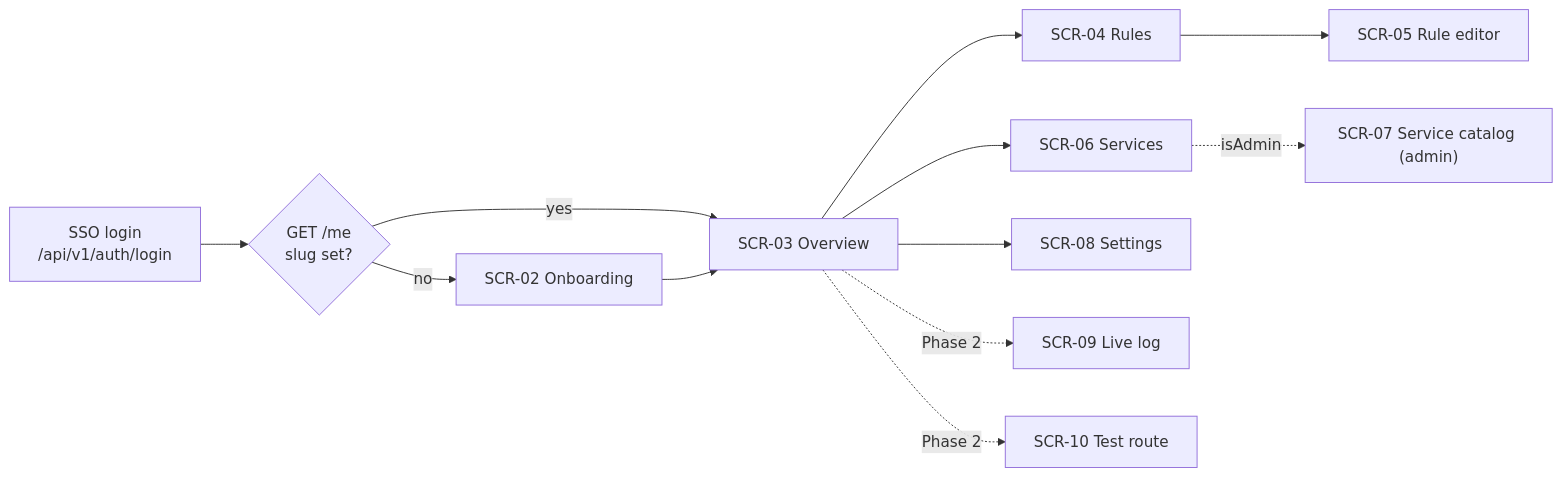
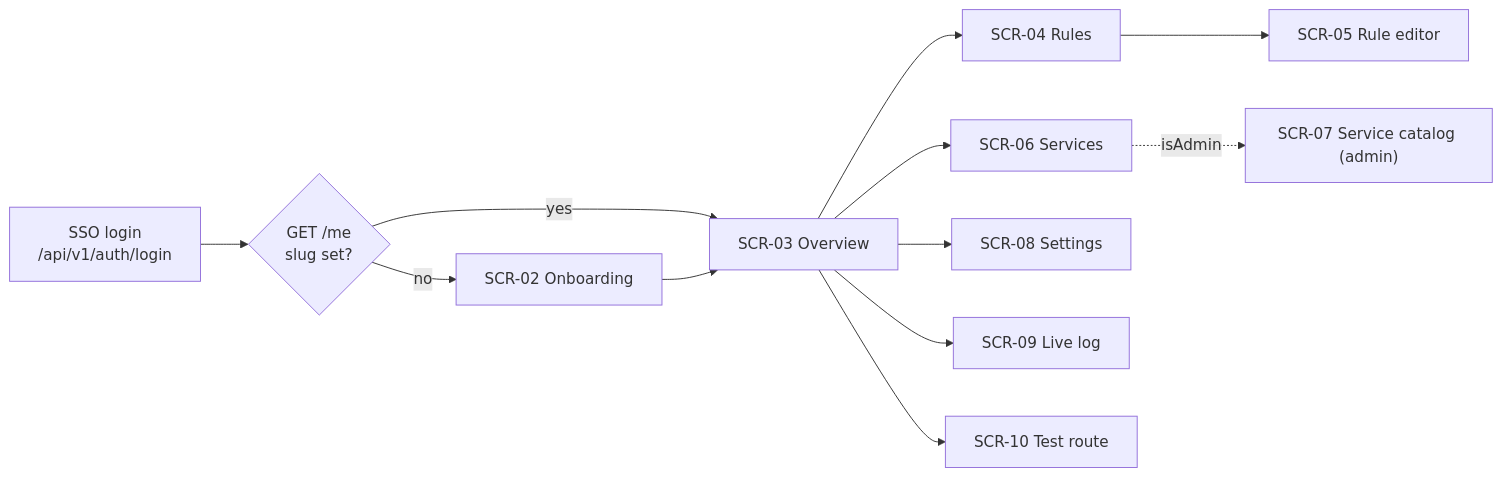
One commit to modarreszadeh/Mockan changed the diagram in Frontend/screens.md. Above: the diagram before and after it, drawn with Mermaid. The commit also changed other lines of this file and 6 other files, not shown here.

````diff
--- a/Frontend/screens.md
+++ b/Frontend/screens.md
@@ -19,13 +19,13 @@
 ```mermaid
 flowchart LR
     SSO["SSO login<br/>/api/v1/auth/login"] --> ME{"GET /me<br/>slug set?"}
     ME -- no --> ONB["SCR-02 Onboarding"]
     ME -- yes --> OV["SCR-03 Overview"]
     ONB --> OV
     OV --> RL["SCR-04 Rules"] --> RE["SCR-05 Rule editor"]
     OV --> SV["SCR-06 Services"]
     SV -. isAdmin .-> CAT["SCR-07 Service catalog (admin)"]
     OV --> ST["SCR-08 Settings"]
-    OV -. Phase 2 .-> LOG["SCR-09 Live log"]
-    OV -. Phase 2 .-> TR["SCR-10 Test route"]
+    OV --> LOG["SCR-09 Live log"]
+    OV --> TR["SCR-10 Test route"]
 ```
````
